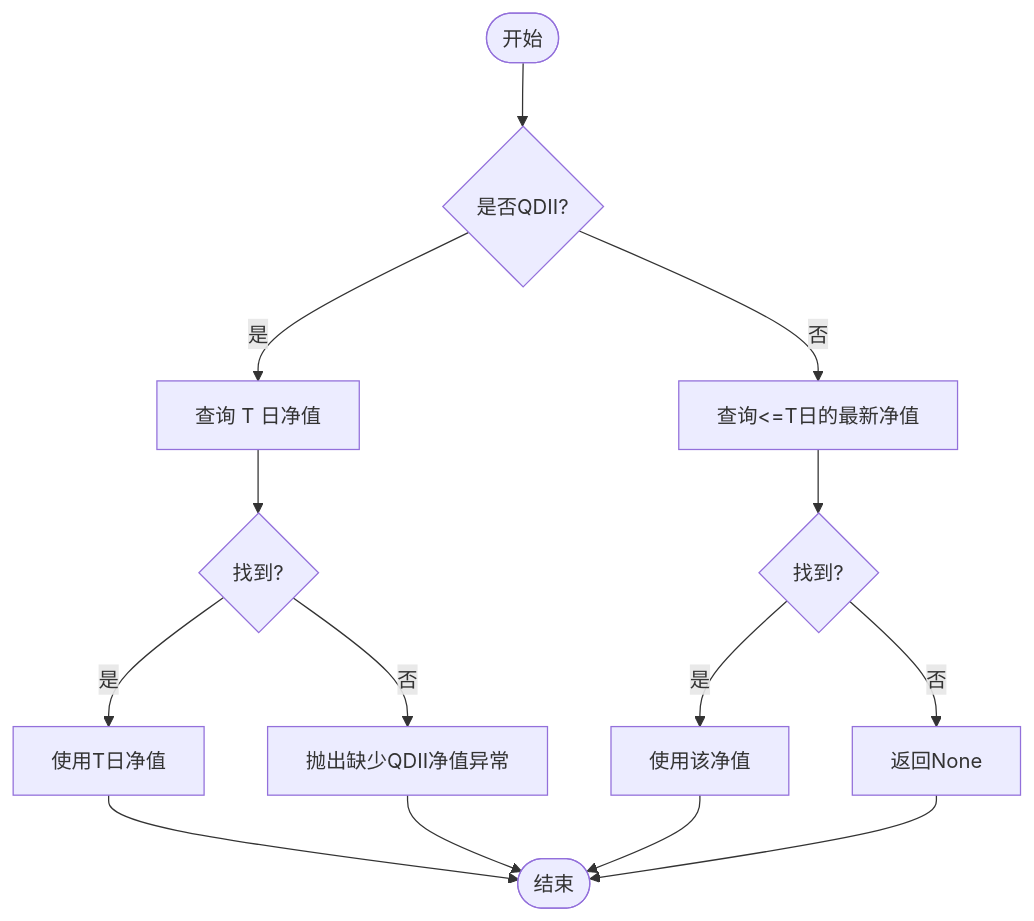
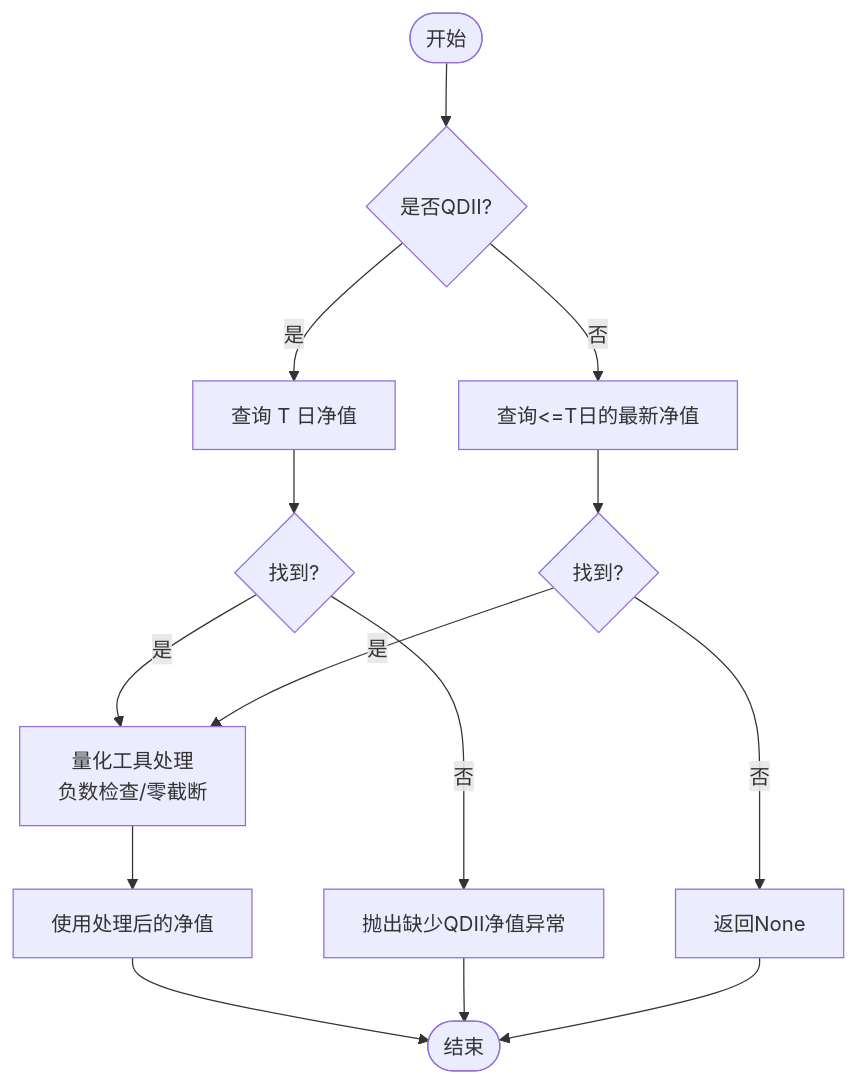
The seventh of 9 diagrams in .qoder/repowiki/zh/content/数据库设计/核心计算公式.md (gujialind/InvestRing), drawn with Mermaid before and after one commit. The commit also changed other lines of this file and 19 other files, not shown here.

````diff
--- a/.qoder/repowiki/zh/content/数据库设计/核心计算公式.md
+++ b/.qoder/repowiki/zh/content/数据库设计/核心计算公式.md
@@ -264,16 +308,16 @@
 ```mermaid
 flowchart TD
 Start(["开始"]) --> IsQDII{"是否QDII?"}
 IsQDII --> |是| FetchT["查询 T 日净值"]
 FetchT --> FoundT{"找到?"}
-FoundT --> |是| UseT["使用T日净值"]
+FoundT --> |是| QuantCheck["量化工具处理<br/>负数检查/零截断"]
 FoundT --> |否| RaiseQDII["抛出缺少QDII净值异常"]
 IsQDII --> |否| FetchRecent["查询<=T日的最新净值"]
 FetchRecent --> FoundR{"找到?"}
-FoundR --> |是| UseR["使用该净值"]
+FoundR --> |是| QuantCheck
 FoundR --> |否| ReturnNone["返回None"]
-UseT --> End(["结束"])
-UseR --> End
+QuantCheck --> UseValue["使用处理后的净值"]
+UseValue --> End(["结束"])
 RaiseQDII --> End
 ReturnNone --> End
 ```
````
